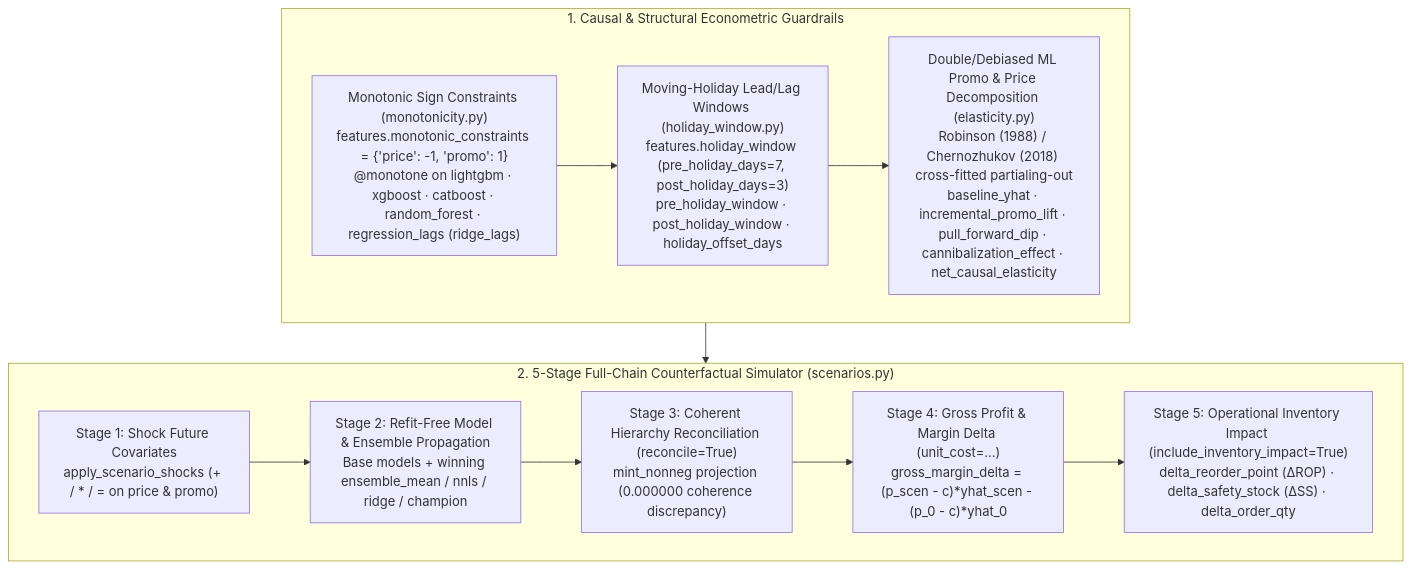
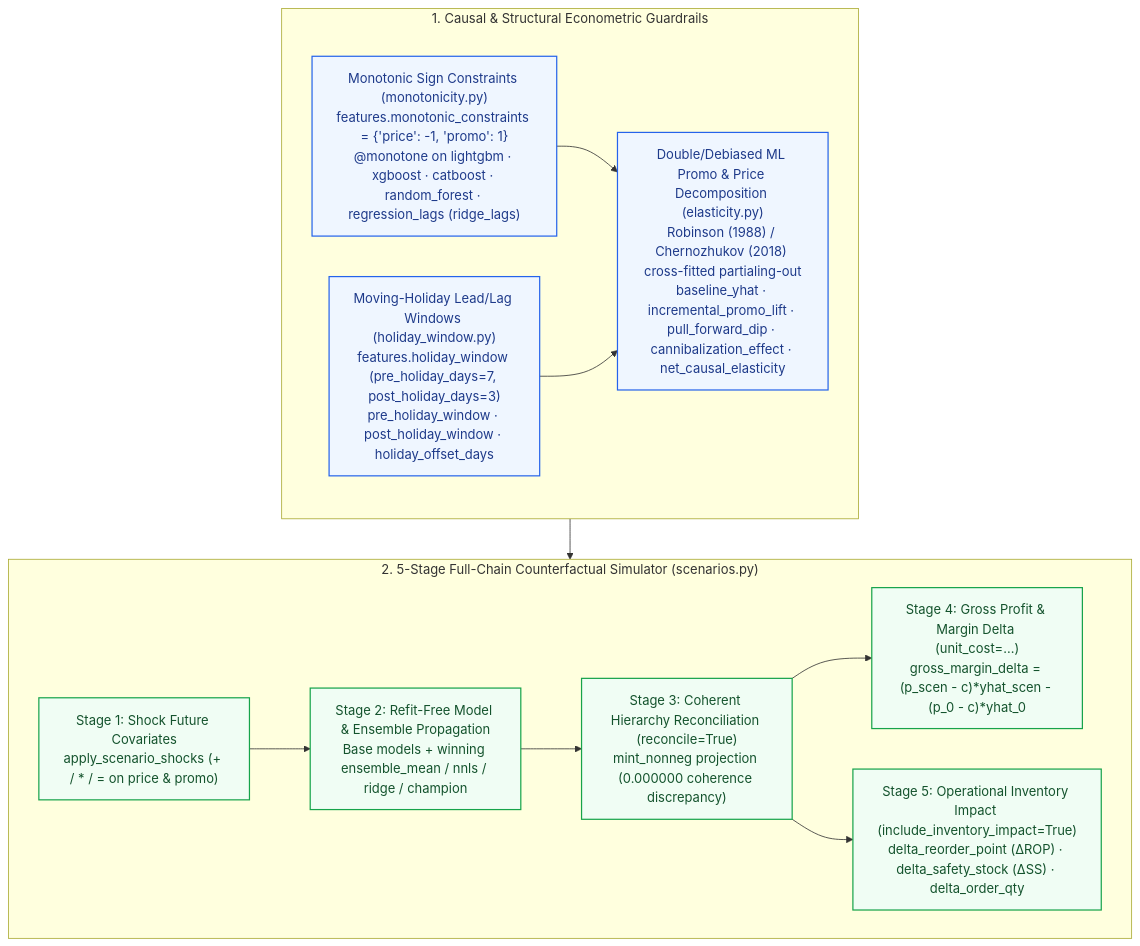
The second of 5 diagrams in docs/forecaster_workbench.md (statmike/scale-forecasting), drawn with Mermaid before and after one commit. The commit also changed other lines of this file and 16 other files, not shown here.

Commit message:
docs: expand temporal reconciliation reference, fix GitHub MathJax & Mermaid aspect ratios, and add pre-commit tripwires

````diff
--- a/docs/forecaster_workbench.md
+++ b/docs/forecaster_workbench.md
@@ -129,20 +126,24 @@
 ```mermaid
 flowchart TD
+    classDef causal fill:#eff6ff,stroke:#2563eb,stroke-width:1.5px,color:#1e3a8a
+    classDef chain fill:#f0fdf4,stroke:#16a34a,stroke-width:1.5px,color:#14532d
+
     subgraph Causal["1. Causal & Structural Econometric Guardrails"]
-        C1["Monotonic Sign Constraints (monotonicity.py)<br/>features.monotonic_constraints = {'price': -1, 'promo': 1}<br/>@monotone on lightgbm · xgboost · catboost · random_forest · regression_lags (ridge_lags)"]
-        C2["Moving-Holiday Lead/Lag Windows (holiday_window.py)<br/>features.holiday_window (pre_holiday_days=7, post_holiday_days=3)<br/>pre_holiday_window · post_holiday_window · holiday_offset_days"]
-        C3["Double/Debiased ML Promo & Price Decomposition (elasticity.py)<br/>Robinson (1988) / Chernozhukov (2018) cross-fitted partialing-out<br/>baseline_yhat · incremental_promo_lift · pull_forward_dip · cannibalization_effect · net_causal_elasticity"]
-        C1 --> C2 --> C3
+        C1["Monotonic Sign Constraints (monotonicity.py)<br/>features.monotonic_constraints = {'price': -1, 'promo': 1}<br/>@monotone on lightgbm · xgboost · catboost · random_forest · regression_lags (ridge_lags)"]:::causal
+        C2["Moving-Holiday Lead/Lag Windows (holiday_window.py)<br/>features.holiday_window (pre_holiday_days=7, post_holiday_days=3)<br/>pre_holiday_window · post_holiday_window · holiday_offset_days"]:::causal
+        C3["Double/Debiased ML Promo & Price Decomposition (elasticity.py)<br/>Robinson (1988) / Chernozhukov (2018) cross-fitted partialing-out<br/>baseline_yhat · incremental_promo_lift · pull_forward_dip · cannibalization_effect · net_causal_elasticity"]:::causal
+        C1 & C2 --> C3
     end
 
     subgraph Chain["2. 5-Stage Full-Chain Counterfactual Simulator (scenarios.py)"]
-        S_1["Stage 1: Shock Future Covariates<br/>apply_scenario_shocks (+ / * / = on price & promo)"]
-        S_2["Stage 2: Refit-Free Model & Ensemble Propagation<br/>Base models + winning ensemble_mean / nnls / ridge / champion"]
-        S_3["Stage 3: Coherent Hierarchy Reconciliation (reconcile=True)<br/>mint_nonneg projection (0.000000 coherence discrepancy)"]
-        S_4["Stage 4: Gross Profit & Margin Delta (unit_cost=...)<br/>gross_margin_delta = (p_scen - c)*yhat_scen - (p_0 - c)*yhat_0"]
-        S_5["Stage 5: Operational Inventory Impact (include_inventory_impact=True)<br/>delta_reorder_point (ΔROP) · delta_safety_stock (ΔSS) · delta_order_qty"]
-        S_1 --> S_2 --> S_3 --> S_4 --> S_5
+        S_1["Stage 1: Shock Future Covariates<br/>apply_scenario_shocks (+ / * / = on price & promo)"]:::chain
+        S_2["Stage 2: Refit-Free Model & Ensemble Propagation<br/>Base models + winning ensemble_mean / nnls / ridge / champion"]:::chain
+        S_3["Stage 3: Coherent Hierarchy Reconciliation (reconcile=True)<br/>mint_nonneg projection (0.000000 coherence discrepancy)"]:::chain
+        S_4["Stage 4: Gross Profit & Margin Delta (unit_cost=...)<br/>gross_margin_delta = (p_scen - c)*yhat_scen - (p_0 - c)*yhat_0"]:::chain
+        S_5["Stage 5: Operational Inventory Impact (include_inventory_impact=True)<br/>delta_reorder_point (ΔROP) · delta_safety_stock (ΔSS) · delta_order_qty"]:::chain
+        S_1 --> S_2 --> S_3
+        S_3 --> S_4 & S_5
     end
 
     Causal --> Chain
 ```
````
